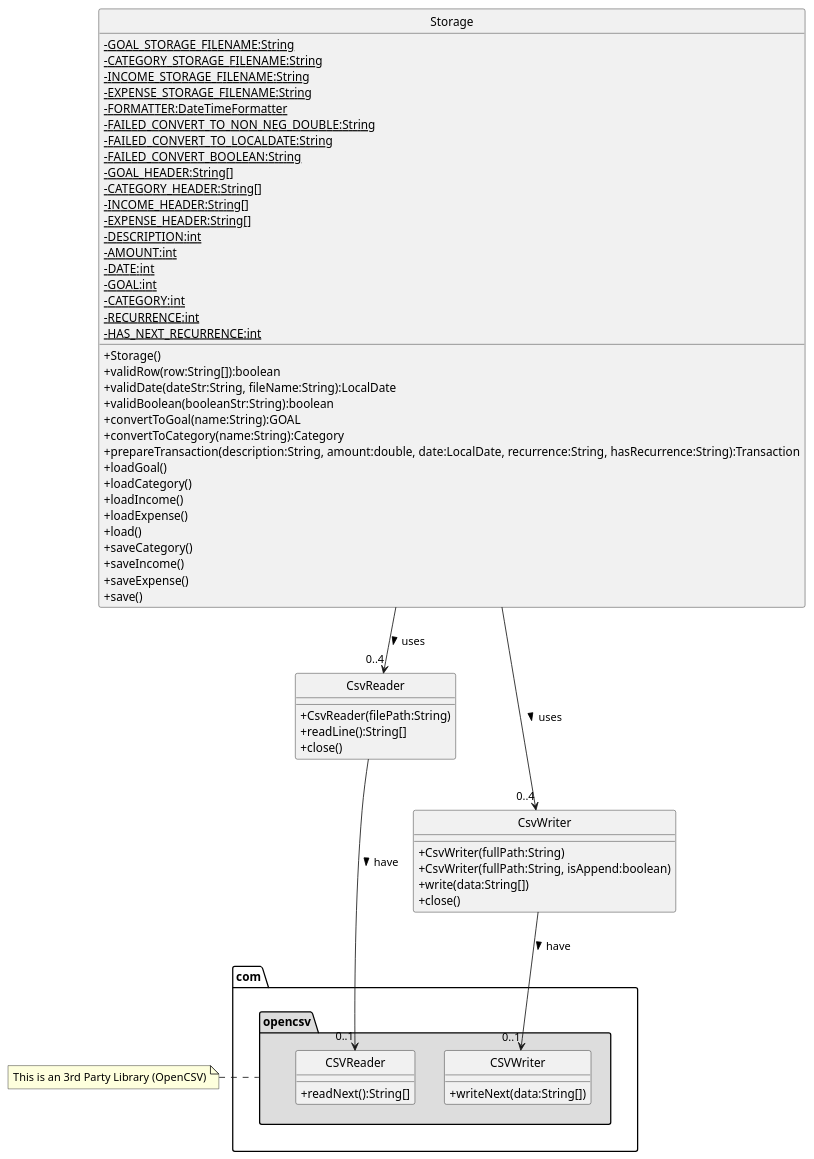
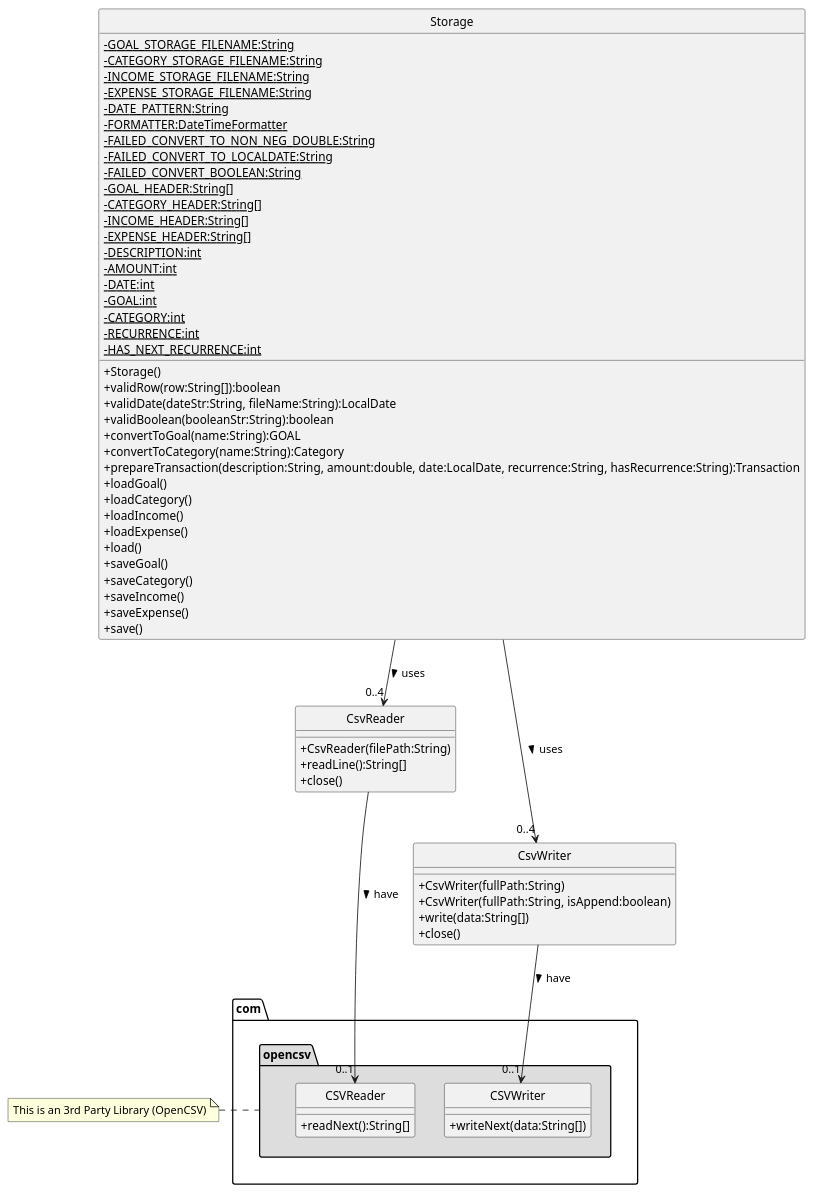
The diagram in docs/uml/storage.puml (sRanay/tp), drawn with PlantUML before and after one commit. The commit also changed 1 other file, not shown here.

Commit message:
Fix missing method and variable for Storage class diagram

```diff
--- a/docs/uml/storage.puml
+++ b/docs/uml/storage.puml
@@ -1,73 +1,75 @@
 @startuml
 hide circle
 skinparam classAttributeIconSize 0
 class Storage {
     - {static} GOAL_STORAGE_FILENAME:String
     - {static} CATEGORY_STORAGE_FILENAME:String
     - {static} INCOME_STORAGE_FILENAME:String
     - {static} EXPENSE_STORAGE_FILENAME:String
+    - {static} DATE_PATTERN:String
     - {static} FORMATTER:DateTimeFormatter
     - {static} FAILED_CONVERT_TO_NON_NEG_DOUBLE:String
     - {static} FAILED_CONVERT_TO_LOCALDATE:String
     - {static} FAILED_CONVERT_BOOLEAN:String
     - {static} GOAL_HEADER:String[]
     - {static} CATEGORY_HEADER:String[]
     - {static} INCOME_HEADER:String[]
     - {static} EXPENSE_HEADER:String[]
     - {static} DESCRIPTION:int
     - {static} AMOUNT:int
     - {static} DATE:int
     - {static} GOAL:int
     - {static} CATEGORY:int
     - {static} RECURRENCE:int
     - {static} HAS_NEXT_RECURRENCE:int
     + Storage()
     + validRow(row:String[]):boolean
     + validDate(dateStr:String, fileName:String):LocalDate
     + validBoolean(booleanStr:String):boolean
     + convertToGoal(name:String):GOAL
     + convertToCategory(name:String):Category
     + prepareTransaction(description:String, amount:double, date:LocalDate, recurrence:String, hasRecurrence:String):Transaction
     + loadGoal()
     + loadCategory()
     + loadIncome()
     + loadExpense()
     + load()
+    + saveGoal()
     + saveCategory()
     + saveIncome()
     + saveExpense()
     + save()
 }
 
 class CsvReader {
     + CsvReader(filePath:String)
     + readLine():String[]
     + close()
 }
 
 package "com.opencsv" #DDDDDD {
     class CSVReader {
         + readNext():String[]
     }
     class CSVWriter {
         + writeNext(data:String[])
     }
 }
 
 class CsvWriter {
     + CsvWriter(fullPath:String)
     + CsvWriter(fullPath:String, isAppend:boolean)
     + write(data:String[])
     + close()
 }
 
 CsvReader ---> "0..1" CSVReader : > have
 CsvWriter --> "0..1" CSVWriter : > have
 
 Storage --> "0..4" CsvReader : > uses
 Storage --> "0..4" CsvWriter : > uses
 
 note left of "com.opencsv"
     This is an 3rd Party Library (OpenCSV)
 endnote
 @enduml
```
